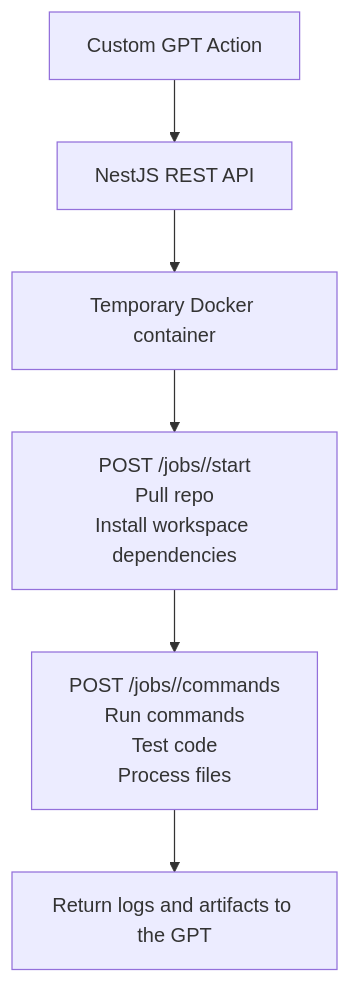
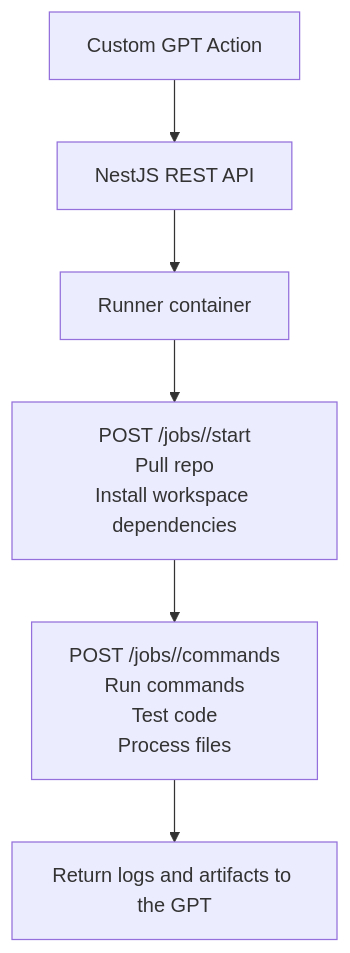
The diagram in README.md (uhanku/gpt-runner), drawn with Mermaid before and after one commit. The commit also changed other lines of this file and 8 other files, not shown here.

````diff
--- a/README.md
+++ b/README.md
@@ -83,8 +89,8 @@
 ```mermaid
 flowchart TD
     A[Custom GPT Action] --> B[NestJS REST API]
-    B --> C[Temporary Docker container]
+    B --> C[Runner container]
     C --> D[POST /jobs/<jobId>/start<br/>Pull repo<br/>Install workspace dependencies]
     D --> E[POST /jobs/<jobId>/commands<br/>Run commands<br/>Test code<br/>Process files]
     E --> F[Return logs and artifacts to the GPT]
 ```
````
